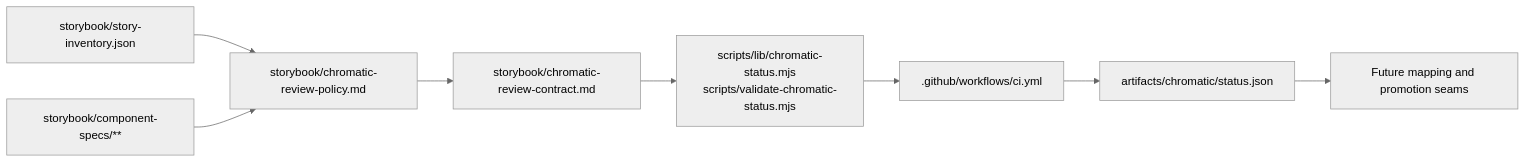
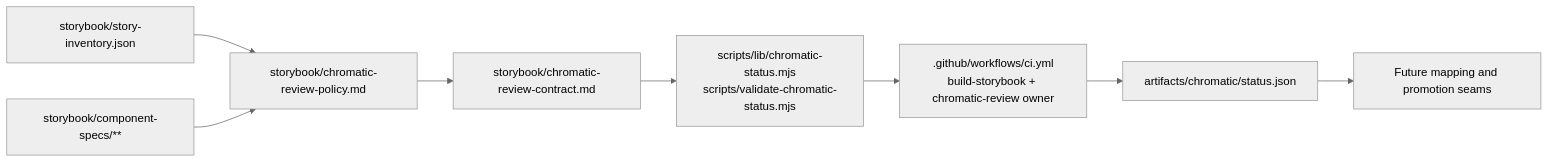
The third of 4 diagrams in harness-future-rails/threaded-seams/seam-8b-branch-aware-visual-review-convergence/review.md (atomize-hq/collider), drawn with Mermaid (neutral theme) before and after one commit. The commit also changed other lines of this file and 11 other files, not shown here.

````diff
--- a/harness-future-rails/threaded-seams/seam-8b-branch-aware-visual-review-convergence/review.md
+++ b/harness-future-rails/threaded-seams/seam-8b-branch-aware-visual-review-convergence/review.md
@@ -45,10 +47,10 @@
 ```mermaid
 flowchart LR
   Inventory["storybook/story-inventory.json"] --> Policy["storybook/chromatic-review-policy.md"]
   Specs["storybook/component-specs/**"] --> Policy
   Policy --> Contract["storybook/chromatic-review-contract.md"]
   Contract --> Scripts["scripts/lib/chromatic-status.mjs<br/>scripts/validate-chromatic-status.mjs"]
-  Scripts --> Workflow[".github/workflows/ci.yml"]
+  Scripts --> Workflow[".github/workflows/ci.yml<br/>build-storybook + chromatic-review owner"]
   Workflow --> Artifact["artifacts/chromatic/status.json"]
   Artifact --> Future["Future mapping and promotion seams"]
 ```
````
